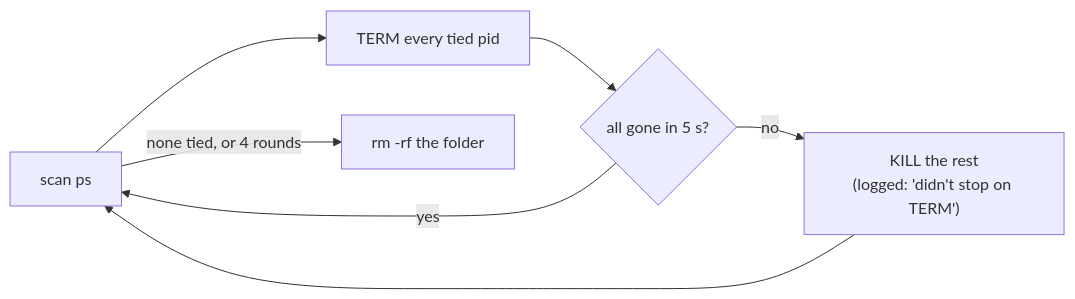
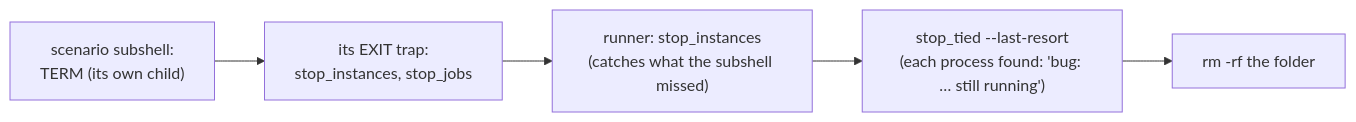
Before and after one commit to tampopogk/kanna: the diagram in docs/specs/e2e-cleanup.md, drawn with Mermaid. The commit also changed other lines of this file and 8 other files, not shown here.

````diff
--- a/docs/specs/e2e-cleanup.md
+++ b/docs/specs/e2e-cleanup.md
@@ -32,9 +34,7 @@
 ```mermaid
 flowchart LR
-    A["scan ps"] --> B["TERM every tied pid"]
-    B --> C{"all gone in 5 s?"}
-    C -- yes --> A
-    C -- no --> D["KILL the rest<br/>(logged: 'didn't stop on TERM')"]
-    D --> A
-    A -- "none tied, or 4 rounds" --> E["rm -rf the folder"]
+    A["scenario subshell:<br/>TERM (its own child)"] --> B["its EXIT trap:<br/>stop_instances, stop_jobs"]
+    B --> C["runner: stop_instances<br/>(catches what the subshell missed)"]
+    C --> D["stop_tied --last-resort<br/>(each process found: 'bug: … still running')"]
+    D --> E["rm -rf the folder"]
 ```
````
